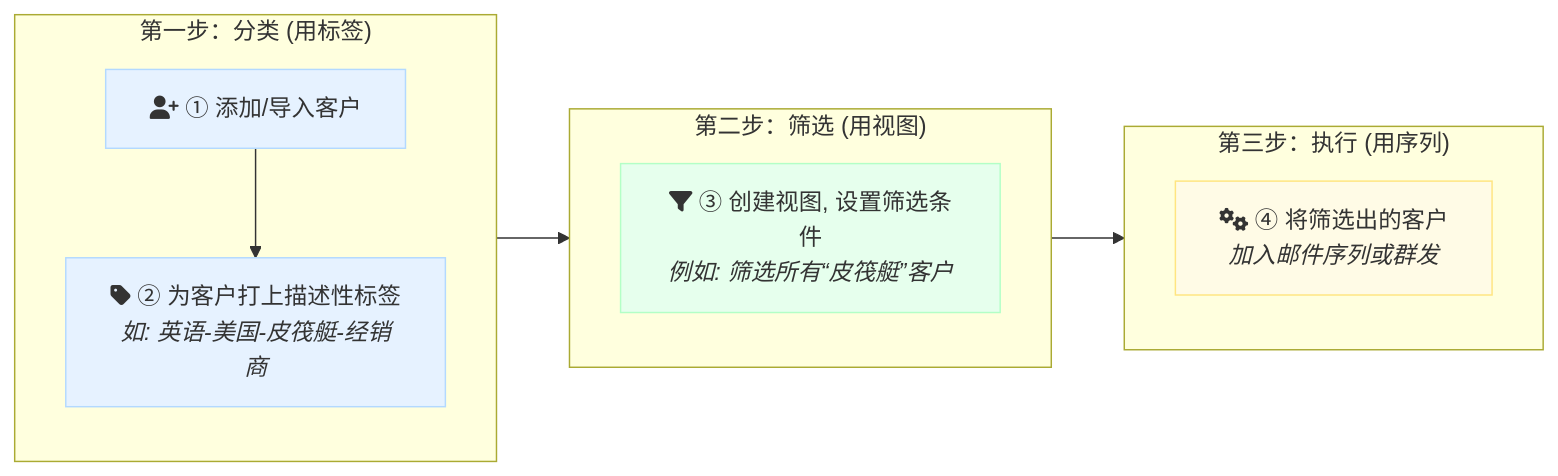
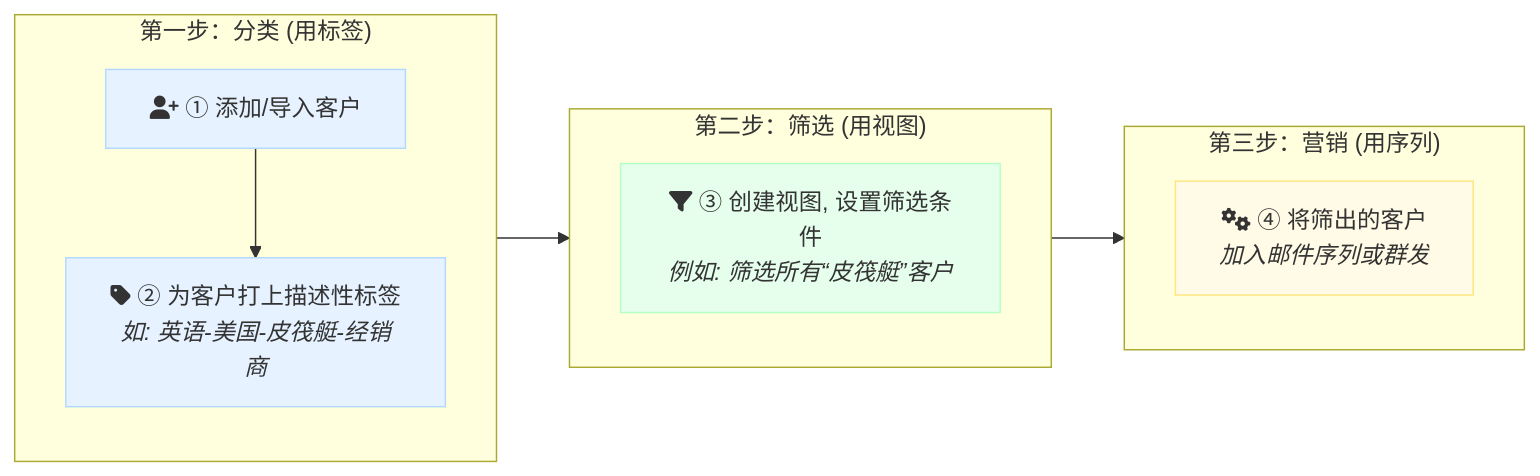
Before and after one commit to suxuemi/laifaxin: the diagram in docs/zhinan/contacts-tags-views.md, drawn with Mermaid. The commit also changed other lines of this file and 2 other files, not shown here.

First line of the commit message:
docs(zhinan): 更新客户管理和标签视图文档内容

````diff
--- a/docs/zhinan/contacts-tags-views.md
+++ b/docs/zhinan/contacts-tags-views.md
@@ -34,24 +27,24 @@
 ```mermaid
 graph LR
     subgraph sg1 ["第一步：分类 (用标签)"]
         direction TB
         A[fa:fa-user-plus ① 添加/导入客户] --> B[fa:fa-tag ② 为客户打上描述性标签<br><i>如: 英语-美国-皮筏艇-经销商</i>];
     end
 
     subgraph sg2 ["第二步：筛选 (用视图)"]
         direction TB
         C[fa:fa-filter ③ 创建视图, 设置筛选条件<br><i>例如: 筛选所有“皮筏艇”客户</i>];
     end
 
-    subgraph sg3 ["第三步：执行 (用序列)"]
+    subgraph sg3 ["第三步：营销 (用序列)"]
         direction TB
-        D[fa:fa-cogs ④ 将筛选出的客户<br><i>加入邮件序列或群发</i>];
+        D[fa:fa-cogs ④ 将筛出的客户<br><i>加入邮件序列或群发</i>];
     end
 
     sg1 --> sg2 --> sg3;
 
     style A fill:#e6f2ff,stroke:#b3d9ff
     style B fill:#e6f2ff,stroke:#b3d9ff
     style C fill:#e6ffed,stroke:#b3ffc6
     style D fill:#fffbe6,stroke:#ffe580
 ```
````
